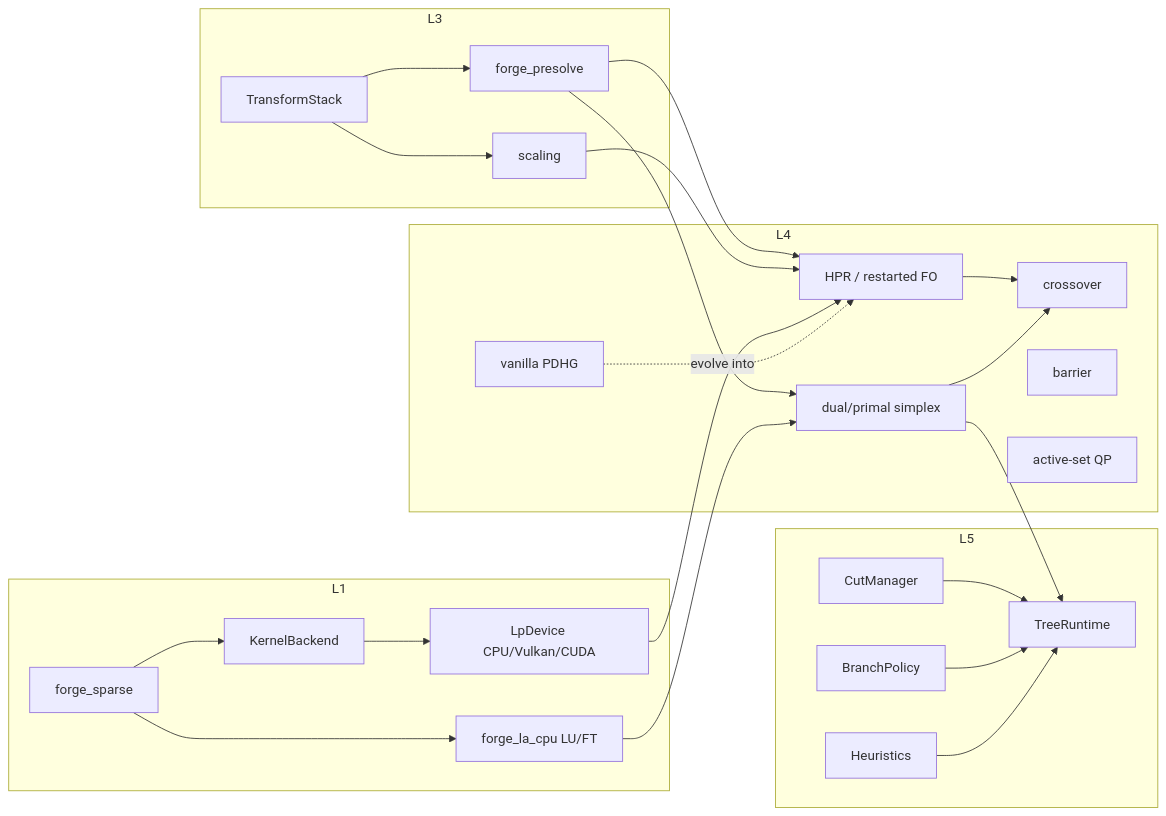
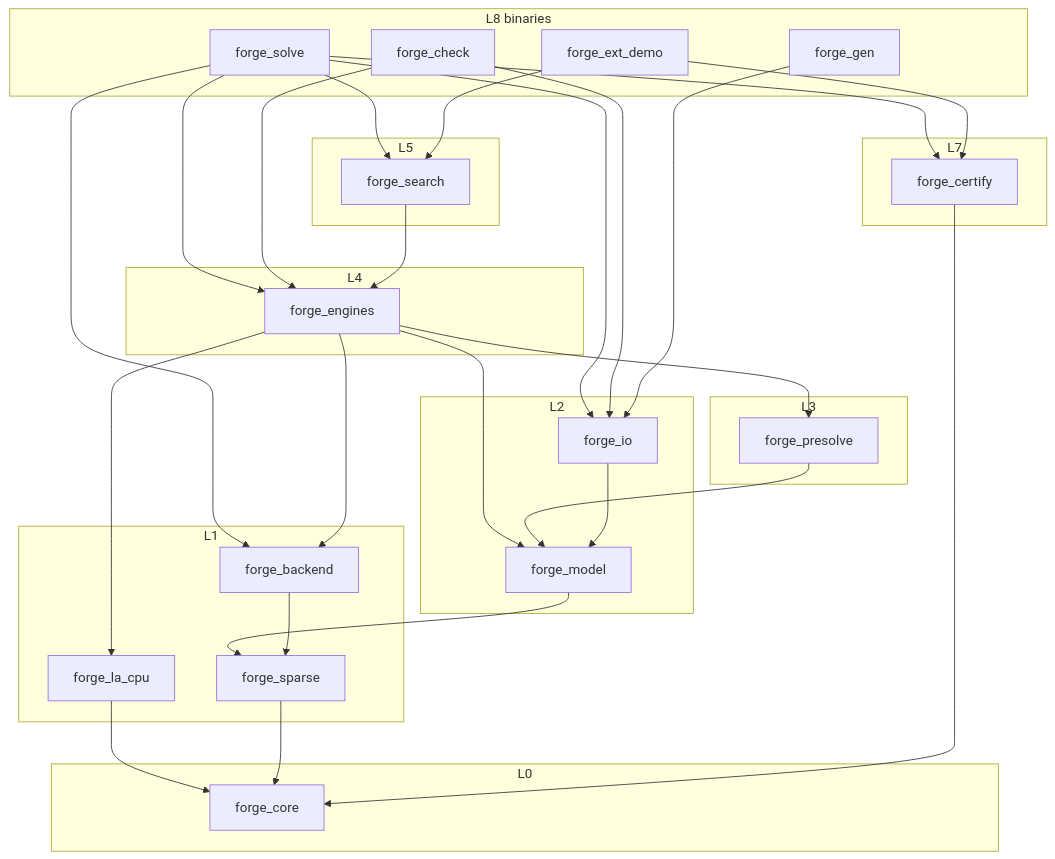
Before and after one commit to YashSuthar983/Forge: the first of 5 diagrams in docs/architecture.md, drawn with Mermaid. The commit also changed other lines of this file and 45 other files, not shown here.

````diff
--- a/docs/architecture.md
+++ b/docs/architecture.md
@@ -826,49 +75,56 @@
 ```mermaid
-flowchart LR
+flowchart TB
+  subgraph L8["L8 binaries"]
+    solve[forge_solve]
+    check[forge_check]
+    gen[forge_gen]
+    ext[forge_ext_demo]
+  end
+  subgraph L7["L7"]
+    cert[forge_certify]
+  end
+  subgraph L5["L5"]
+    search[forge_search]
+  end
+  subgraph L4["L4"]
+    eng[forge_engines]
+  end
+  subgraph L3["L3"]
+    pre[forge_presolve]
+  end
+  subgraph L2["L2"]
+    io[forge_io]
+    model[forge_model]
+  end
   subgraph L1["L1"]
-    Sparse[forge_sparse]
-    LaCpu[forge_la_cpu LU/FT]
-    Backend[KernelBackend]
-    LpDev[LpDevice CPU/Vulkan/CUDA]
+    be[forge_backend]
+    la[forge_la_cpu]
+    sp[forge_sparse]
+  end
+  subgraph L0["L0"]
+    core[forge_core]
   end
 
-  subgraph L3["L3"]
-    Stack[TransformStack]
-    Pre[forge_presolve]
-    Scale[scaling]
-  end
-
-  subgraph L4["L4"]
-    PDHG[vanilla PDHG]
-    HPR[HPR / restarted FO]
-    SX[dual/primal simplex]
-    XO[crossover]
-    BAR[barrier]
-    QP[active-set QP]
-  end
-
-  subgraph L5["L5"]
-    Tree[TreeRuntime]
-    Cuts[CutManager]
-    Br[BranchPolicy]
-    He[Heuristics]
-  end
-
-  Sparse --> Backend
-  Sparse --> LaCpu
-  Backend --> LpDev
-  Stack --> Pre
-  Stack --> Scale
-  Pre --> HPR
-  Pre --> SX
-  Scale --> HPR
-  LpDev --> HPR
-  LaCpu --> SX
-  HPR --> XO
-  SX --> XO
-  SX --> Tree
-  Cuts --> Tree
-  Br --> Tree
-  He --> Tree
-  PDHG -.->|evolve into| HPR
+  solve --> io
+  solve --> eng
+  solve --> search
+  solve --> cert
+  solve --> be
+  check --> io
+  check --> eng
+  gen --> io
+  ext --> search
+  ext --> cert
+  search --> eng
+  eng --> model
+  eng --> be
+  eng --> la
+  eng --> pre
+  pre --> model
+  io --> model
+  model --> sp
+  be --> sp
+  la --> core
+  sp --> core
+  cert --> core
 ```
````
